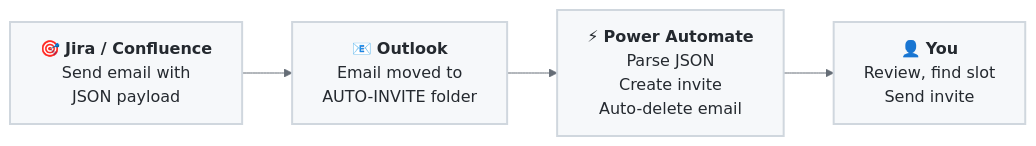
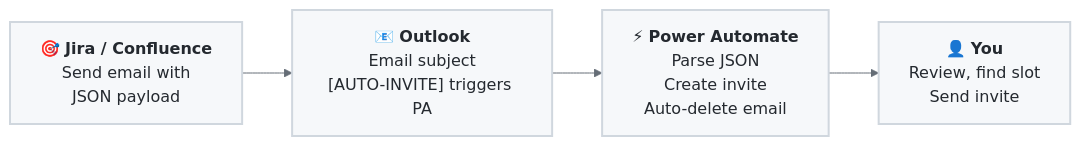
The diagram in README.md (johantre/ms-outlook-invite), drawn with Mermaid before and after one commit.

Commit message:
Outlook AUTO-INVITE folder & Rule: NO MORE
but the documentation

````diff
--- a/README.md
+++ b/README.md
@@ -15,15 +15,15 @@
 ```mermaid
 %%{init: {'theme':'base', 'themeVariables': { 'primaryColor':'#f6f8fa','primaryTextColor':'#24292f','primaryBorderColor':'#d0d7de','lineColor':'#656d76','secondaryColor':'#f6f8fa','tertiaryColor':'#f6f8fa'}}}%%
 graph LR
     JIRA["🎯 <b>Jira / Confluence</b><br/>Send email with<br/>JSON payload"]
-    OUTLOOK["📧 <b>Outlook</b><br/>Email moved to<br/>AUTO-INVITE folder"]
+    OUTLOOK["📧 <b>Outlook</b><br/>Email subject<br/>[AUTO-INVITE] triggers PA"]
     PA["⚡ <b>Power Automate</b><br/>Parse JSON<br/>Create invite<br/>Auto-delete email"]
     MANUAL["👤 <b>You</b><br/>Review, find slot<br/>Send invite"]
 
     JIRA --> OUTLOOK --> PA --> MANUAL
 
     style JIRA fill:#f6f8fa,stroke:#d0d7de,stroke-width:2px,color:#24292f
     style OUTLOOK fill:#f6f8fa,stroke:#d0d7de,stroke-width:2px,color:#24292f
     style PA fill:#f6f8fa,stroke:#d0d7de,stroke-width:2px,color:#24292f
     style MANUAL fill:#f6f8fa,stroke:#d0d7de,stroke-width:2px,color:#24292f
 ```
````
